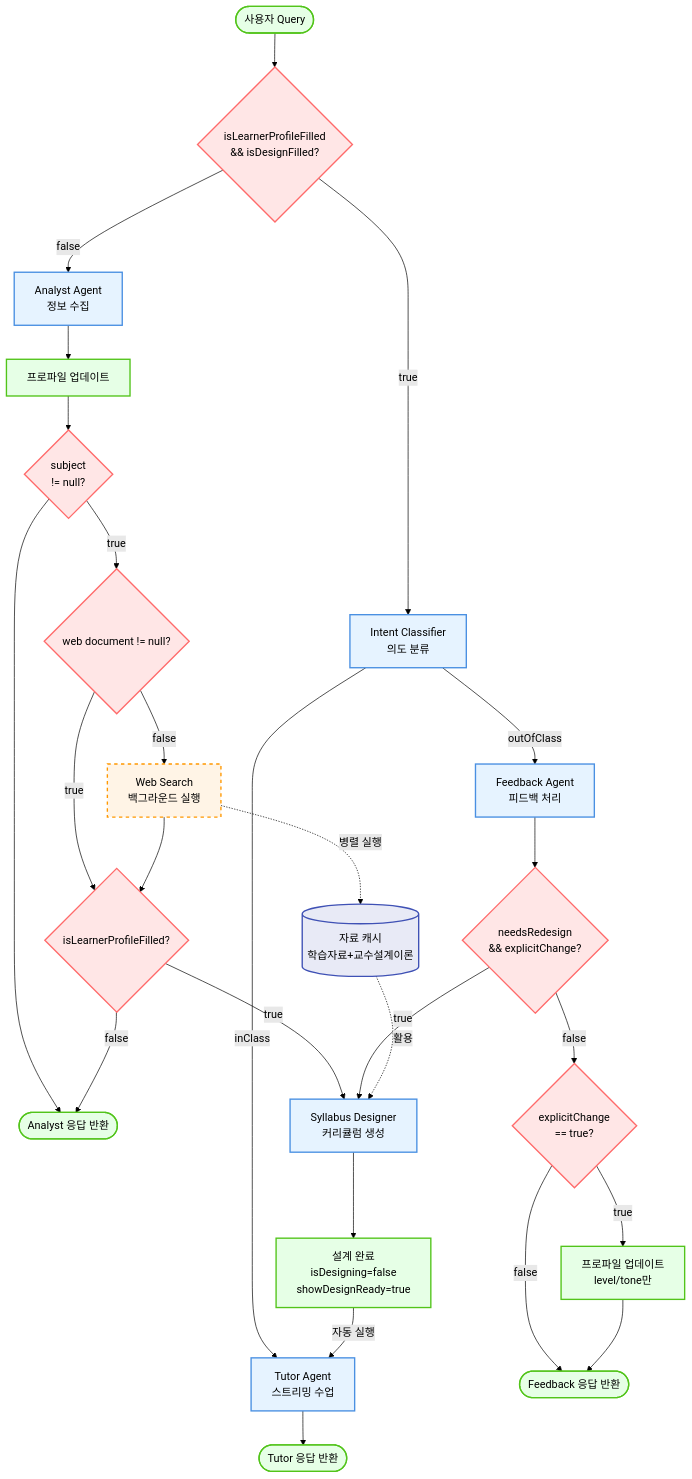
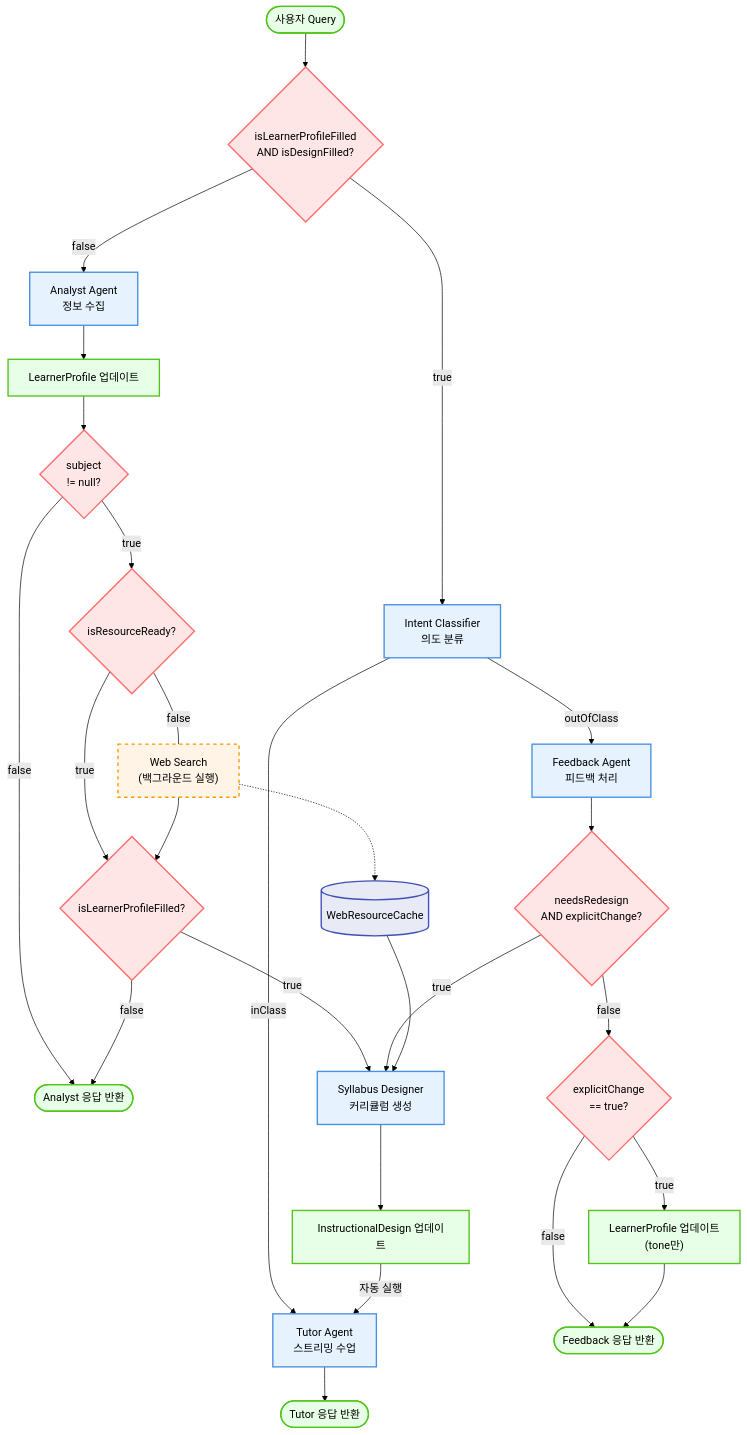
One commit to baekdusan/research-addie-chatbot changed the third of 4 diagrams in flowchart.md. Above: the diagram before and after it, drawn with Mermaid (forest theme). The commit also changed other lines of this file and 4 other files, not shown here.

Commit message:
v2 flowchart 그리기 + 관련 조건 플래그 이름 변경

````diff
--- a/flowchart.md
+++ b/flowchart.md
@@ -131,55 +104,55 @@
 ```mermaid
 flowchart TD
-    Start([사용자 Query]) --> ReadyCheck{isLearnerProfileFilled<br/>&& isDesignFilled?}
+    Start([사용자 Query]) --> ReadyCheck{isLearnerProfileFilled<br/>AND isDesignFilled?}
 
     %% 준비 안됨 경로
     ReadyCheck -->|false| Analyst[Analyst Agent<br/>정보 수집]
-    Analyst --> ProfileUpdate[프로파일 업데이트]
+    Analyst --> ProfileUpdate[LearnerProfile 업데이트]
 
     %% 백그라운드 Web Search (subject 추출 시)
     ProfileUpdate --> SubjectCheck{subject<br/>!= null?}
-    SubjectCheck -->|true| DataCheck{web document != null?}
-    DataCheck -->|false| WebSearch[Web Search<br/>백그라운드 실행]
+    SubjectCheck -->|true| DataCheck{isResourceReady?}
+    DataCheck ---|false| WebSearch["Web Search<br/>(백그라운드 실행)"]
     DataCheck -->|true| MandatoryCheck
-    SubjectCheck --> Response1([Analyst 응답 반환])
-    WebSearch -.병렬 실행.-> ResourceCache[(자료 캐시<br/>학습자료+교수설계이론)]
+    SubjectCheck -->|false| Response1([Analyst 응답 반환])
+    WebSearch -.-> ResourceCache[(WebResourceCache)]
     WebSearch --> MandatoryCheck
 
     MandatoryCheck{isLearnerProfileFilled?}
     MandatoryCheck -->|true| DesignStart[Syllabus Designer<br/>커리큘럼 생성]
     MandatoryCheck -->|false| Response1
 
     %% 준비됨 경로
     ReadyCheck -->|true| IntentClassifier[Intent Classifier<br/>의도 분류]
 
     IntentClassifier -->|inClass| Tutor[Tutor Agent<br/>스트리밍 수업]
     Tutor --> Response2([Tutor 응답 반환])
 
     IntentClassifier -->|outOfClass| Feedback[Feedback Agent<br/>피드백 처리]
-    Feedback --> RedesignCheck{needsRedesign<br/>&& explicitChange?}
+    Feedback --> RedesignCheck{needsRedesign<br/>AND explicitChange?}
     RedesignCheck -->|true| DesignStart
     RedesignCheck -->|false| ExplicitCheck{explicitChange<br/>== true?}
-    ExplicitCheck -->|true| ProfileUpdate2[프로파일 업데이트<br/>level/tone만]
+    ExplicitCheck -->|true| ProfileUpdate2["LearnerProfile 업데이트<br/>(tone만)"]
     ExplicitCheck -->|false| Response3([Feedback 응답 반환])
     ProfileUpdate2 --> Response3
 
     %% 설계 시 캐시 활용
-    ResourceCache -.활용.-> DesignStart
+    ResourceCache --> DesignStart
 
     %% 설계 완료 후 자동 수업 시작
-    DesignStart --> DesignComplete[설계 완료<br/>isDesigning=false<br/>showDesignReady=true]
+    DesignStart --> DesignComplete[InstructionalDesign 업데이트]
     DesignComplete -->|자동 실행| Tutor
 
     %% 스타일링
     classDef decisionStyle fill:#FFE6E6,stroke:#FF6B6B,stroke-width:2px
     classDef processStyle fill:#E6F3FF,stroke:#4A90E2,stroke-width:2px
     classDef stateStyle fill:#E6FFE6,stroke:#52C41A,stroke-width:2px
     classDef backgroundStyle fill:#FFF4E6,stroke:#FF9800,stroke-width:2px,stroke-dasharray: 5 5
     classDef cacheStyle fill:#E8EAF6,stroke:#3F51B5,stroke-width:2px
 
     class ReadyCheck,MandatoryCheck,RedesignCheck,DataCheck,SubjectCheck,ExplicitCheck decisionStyle
     class Analyst,IntentClassifier,Tutor,Feedback,DesignStart processStyle
     class Start,Response1,Response2,Response3,ProfileUpdate,ProfileUpdate2,DesignComplete stateStyle
     class WebSearch backgroundStyle
     class ResourceCache cacheStyle
 ```
````
